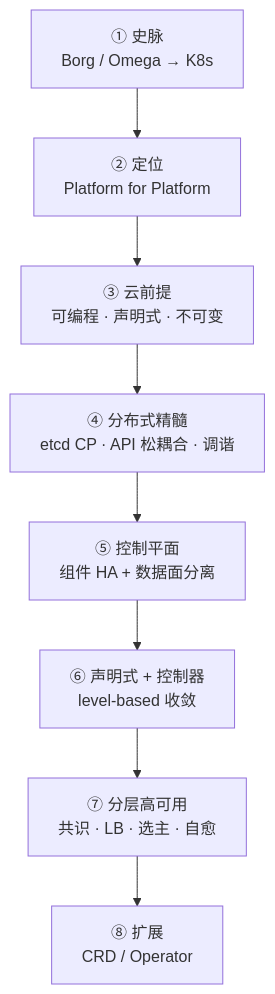
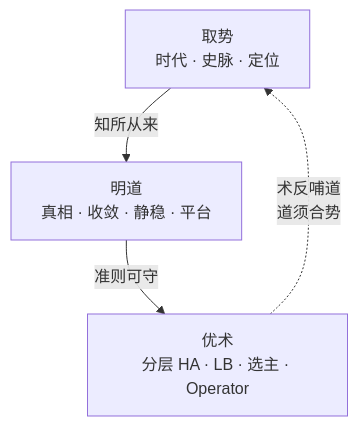
Before and after one commit to xiaxinyu/knowledge_base: the first of 3 diagrams in kubernetes-design-philosophy.md, drawn with Mermaid. The commit also changed other lines of this file, not shown here.

Commit message:
Revise Kubernetes design philosophy document to reflect updated framework: "取势 · 明道 · 优术". Enhance clarity on key concepts and restructure sections for improved flow, emphasizing the principles of declarative convergence and layered high availability.

````diff
--- a/kubernetes-design-philosophy.md
+++ b/kubernetes-design-philosophy.md
@@ -46,13 +56,10 @@
 ```mermaid
 flowchart TB
-  Hist["① 史脉<br/>Borg / Omega → K8s"]
-  Pos["② 定位<br/>Platform for Platform"]
-  Prem["③ 云前提<br/>可编程 · 声明式 · 不可变"]
-  Dist["④ 分布式精髓<br/>etcd CP · API 松耦合 · 调谐"]
-  Ctrl["⑤ 控制平面<br/>组件 HA + 数据面分离"]
-  Decl["⑥ 声明式 + 控制器<br/>level-based 收敛"]
-  HA["⑦ 分层高可用<br/>共识 · LB · 选主 · 自愈"]
-  Ext["⑧ 扩展<br/>CRD / Operator"]
+  Shi["取势<br/>时代 · 史脉 · 定位"]
+  Dao["明道<br/>真相 · 收敛 · 静稳 · 平台"]
+  Shu["优术<br/>分层 HA · LB · 选主 · Operator"]
 
-  Hist --> Pos --> Prem --> Dist --> Ctrl --> Decl --> HA --> Ext
+  Shi -->|"知所从来"| Dao
+  Dao -->|"准则可守"| Shu
+  Shu -.->|"术反哺道<br/>道须合势"| Shi
 ```
````
